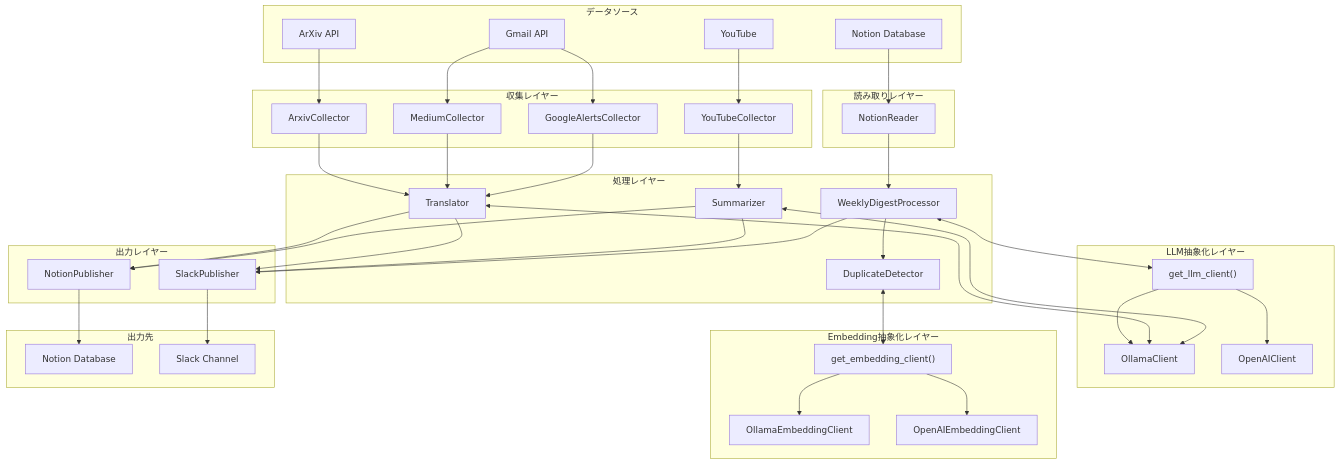
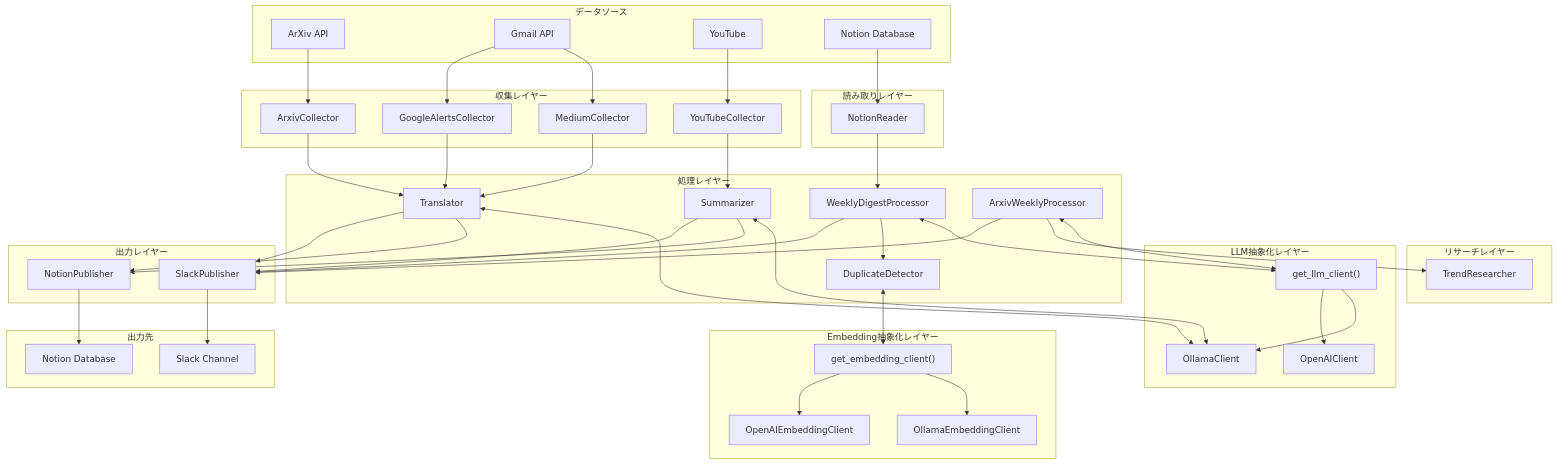
One commit to tak-akashi/minitools changed the first of 11 diagrams in docs/generated/architecture.md. Above: the diagram before and after it, drawn with Mermaid. The commit also changed other lines of this file and 20 other files, not shown here.

Commit message:
feat: added arxiv weekly digest feature

```diff
--- a/docs/generated/architecture.md
+++ b/docs/generated/architecture.md
@@ -26,6 +26,10 @@
         NR["NotionReader"]
     end
 
+    subgraph Researchers["リサーチレイヤー"]
+        TrendR["TrendResearcher"]
+    end
+
     subgraph LLMLayer["LLM抽象化レイヤー"]
         LLMFactory["get_llm_client()"]
         OC["OllamaClient"]
@@ -36,6 +40,7 @@
         TR["Translator"]
         SU["Summarizer"]
         WDP["WeeklyDigestProcessor"]
+        AWP["ArxivWeeklyProcessor"]
         DD["DuplicateDetector"]
     end
 
@@ -73,6 +78,8 @@
     SU <--> OC
     WDP <--> LLMFactory
     WDP --> DD
+    AWP <--> LLMFactory
+    AWP --> TrendR
     DD <--> EmbFactory
     EmbFactory --> OllamaEmb
     EmbFactory --> OpenAIEmb
@@ -82,6 +89,7 @@
     SU --> NP
     SU --> SP
     WDP --> SP
+    AWP --> SP
 
     NP --> Notion
     SP --> Slack
```
